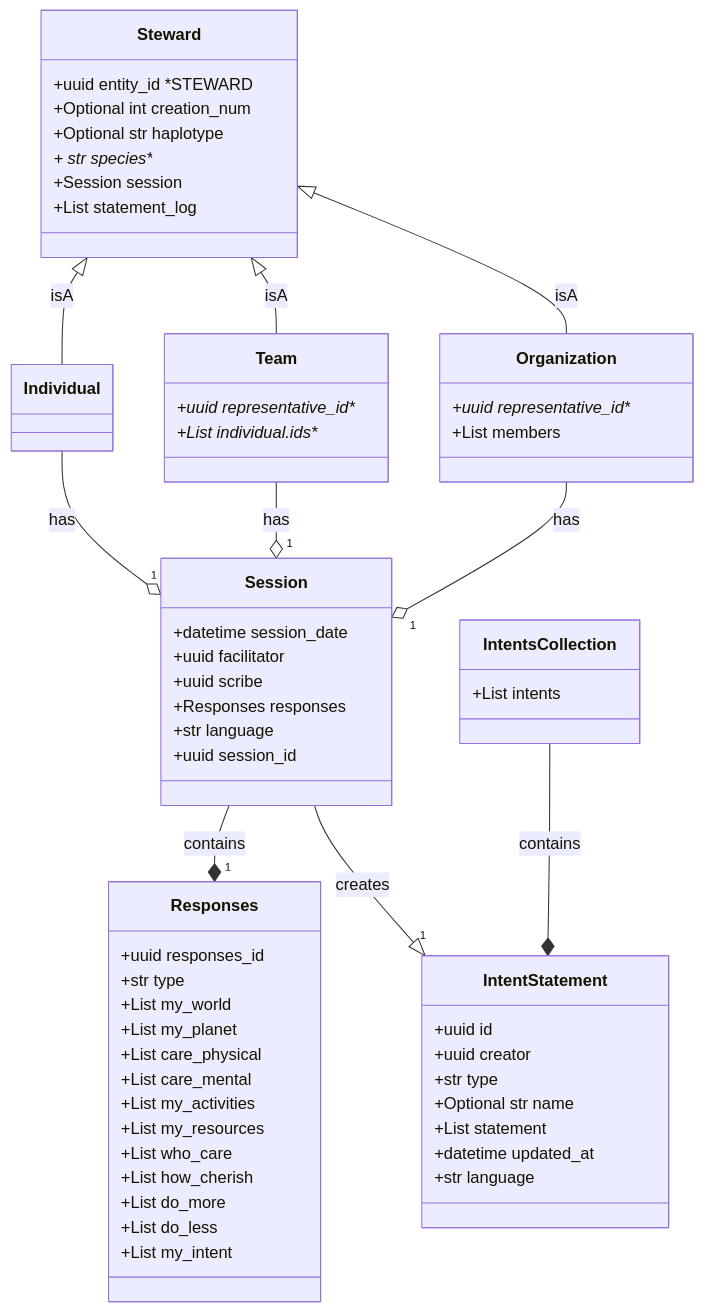
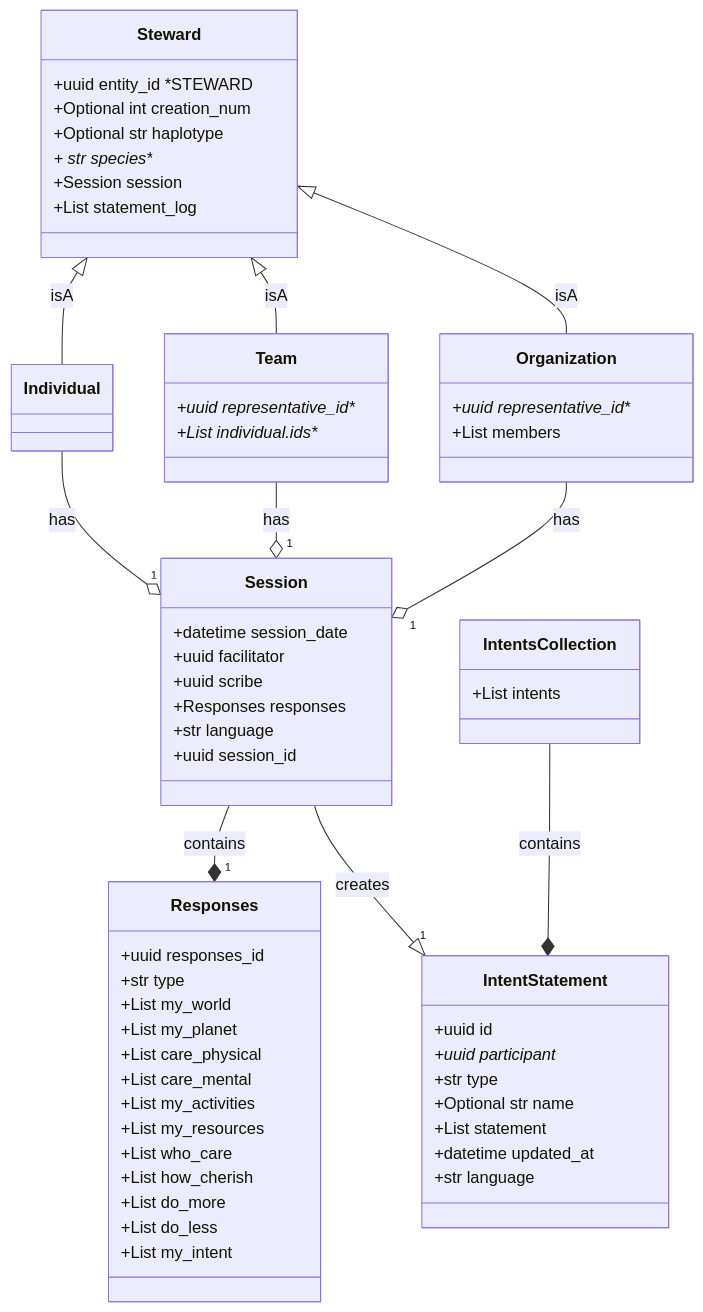
Before and after one commit to drew-wks/intent-for-the-planet: the diagram in docs/data_models_diagram.md, drawn with Mermaid.

````diff
--- a/docs/data_models_diagram.md
+++ b/docs/data_models_diagram.md
@@ -5,66 +5,66 @@
 ```mermaid
 classDiagram
     class Steward {
         +uuid entity_id *STEWARD
         +Optional int creation_num
         +Optional str haplotype
         + str species**
         +Session session
         +List statement_log
     }
     class Individual {
     }
     class Team {
         +uuid representative_id**
         +List individual.ids**
     }
     class Organization {
         +uuid representative_id**
         +List members
     }
     class Session {
         +datetime session_date
         +uuid facilitator
         +uuid scribe
         +Responses responses
         +str language
         +uuid session_id
     }
     class Responses {
         +uuid responses_id
         +str type
         +List my_world
         +List my_planet
         +List care_physical
         +List care_mental
         +List my_activities
         +List my_resources
         +List who_care
         +List how_cherish
         +List do_more
         +List do_less
         +List my_intent
     }
     class IntentStatement {
         +uuid id
-        +uuid creator
+        +uuid participant*
         +str type
         +Optional str name
         +List statement
         +datetime updated_at
         +str language
     }
     class IntentsCollection {
         +List intents
     }
     IntentsCollection --* IntentStatement : contains
     Session --* "1" Responses : contains
     Steward <|-- Individual : isA
     Steward <|-- Team : isA
     Steward <|-- Organization : isA
     Session--|> "1" IntentStatement : creates
     Individual --o "1" Session : has
     Team --o "1" Session : has
     Organization --o "1" Session : has
 
 ```
````
